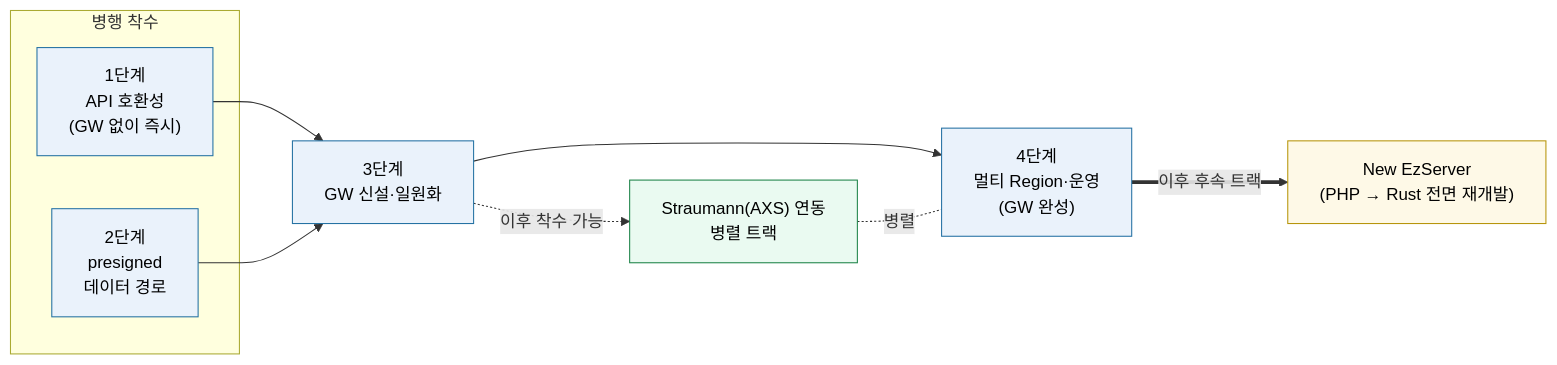
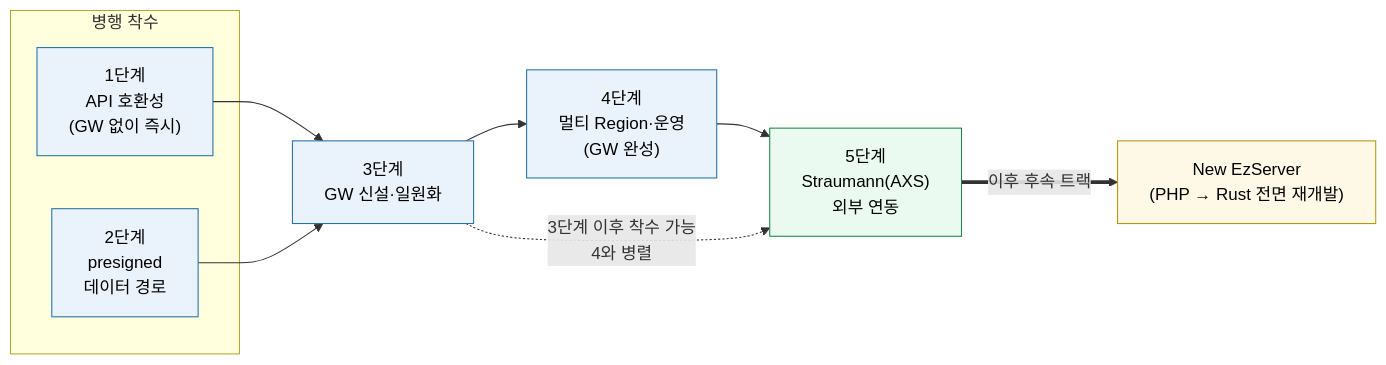
Before and after one commit to gracegyu/scp-architecture: the second of 12 diagrams in docs/CleverAPI호환성체크/VatechAPIGateway_통합_Roadmap_보고서.md, drawn with Mermaid. The commit also changed other lines of this file and 21 other files, not shown here.

Commit message:
문서 업데이트: VatechAPIGateway 통합 로드맵 보고서에서 Straumann(AXS) 연동의 진행 단계를 공식 5단계로 수정하고, 각 단계의 세부 사항을 명확히 하여 문서의 이해도를 높였습니다. 또한, 관련된 PDF 문서들을 삭제하고, README.md 파일에서 링크를 수정하여 최신 정보를 반영하였습니다.

````diff
--- a/docs/CleverAPI호환성체크/VatechAPIGateway_통합_Roadmap_보고서.md
+++ b/docs/CleverAPI호환성체크/VatechAPIGateway_통합_Roadmap_보고서.md
@@ -63,25 +63,24 @@
 ```mermaid
 flowchart LR
     subgraph PAR["병행 착수"]
         S1["1단계<br/>API 호환성<br/>(GW 없이 즉시)"]
         S2["2단계<br/>presigned<br/>데이터 경로"]
     end
     S3["3단계<br/>GW 신설·일원화"]
     S4["4단계<br/>멀티 Region·운영<br/>(GW 완성)"]
-    STRA["Straumann(AXS) 연동<br/>병렬 트랙"]
+    S5["5단계<br/>Straumann(AXS)<br/>외부 연동"]
     RUST["New EzServer<br/>(PHP → Rust 전면 재개발)"]
 
     S1 --> S3
     S2 --> S3
-    S3 --> S4
-    S3 -.->|"이후 착수 가능"| STRA
-    STRA -. 병렬 .- S4
-    S4 ==>|"이후 후속 트랙"| RUST
+    S3 --> S4 --> S5
+    S3 -.->|"3단계 이후 착수 가능<br/>4와 병렬"| S5
+    S5 ==>|"이후 후속 트랙"| RUST
 
     classDef stage fill:#eaf2fb,stroke:#2471a3,color:#000;
-    classDef branch fill:#eafaf1,stroke:#1e8449,color:#000;
+    classDef ext fill:#eafaf1,stroke:#1e8449,color:#000;
     classDef follow fill:#fef9e7,stroke:#b7950b,color:#000;
     class S1,S2,S3,S4 stage;
-    class STRA branch;
+    class S5 ext;
     class RUST follow;
 ```
````
